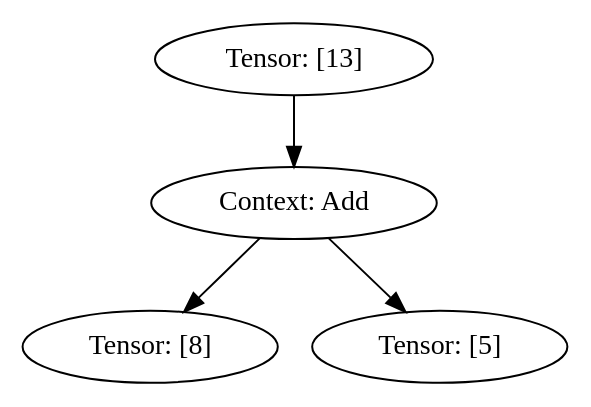
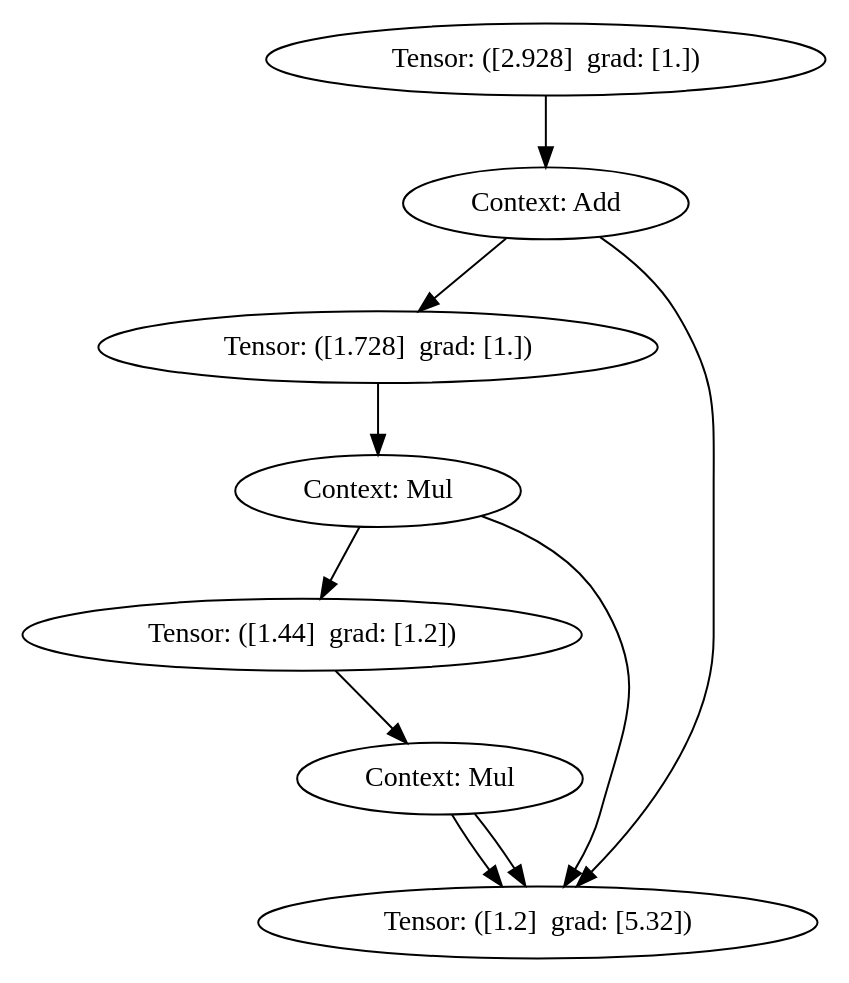
Before and after one commit to joey00072/Tinytorch: the diagram in vis/Digraph.gv, drawn with Graphviz. The commit also changed 8 other files, not shown here.

Commit message:
backward pass working on long graph

```diff
--- a/vis/Digraph.gv
+++ b/vis/Digraph.gv
@@ -1,9 +1,21 @@
 digraph {
-	139935156534576 [label="Tensor: [13] "]
-	139935156533664 [label="Context: Add"]
-	139935156534576 -> 139935156533664
-	139935156533664 -> 139935160270656
-	139935160270656 [label="Tensor: [8] "]
-	139935156533664 -> 139935156533232
-	139935156533232 [label="Tensor: [5] "]
+	140589163168192 [label="Tensor: ([2.928]  grad: [1.]) "]
+	140589163168528 [label="Context: Add"]
+	140589163168192 -> 140589163168528
+	140589163168528 -> 140589163168480
+	140589163168480 [label="Tensor: ([1.728]  grad: [1.]) "]
+	140589163168912 [label="Context: Mul"]
+	140589163168480 -> 140589163168912
+	140589163168912 -> 140589163167856
+	140589163167856 [label="Tensor: ([1.44]  grad: [1.2]) "]
+	140589163167952 [label="Context: Mul"]
+	140589163167856 -> 140589163167952
+	140589163167952 -> 140589555449664
+	140589555449664 [label="Tensor: ([1.2]  grad: [5.32]) "]
+	140589163167952 -> 140589555449664
+	140589555449664 [label="Tensor: ([1.2]  grad: [5.32]) "]
+	140589163168912 -> 140589555449664
+	140589555449664 [label="Tensor: ([1.2]  grad: [5.32]) "]
+	140589163168528 -> 140589555449664
+	140589555449664 [label="Tensor: ([1.2]  grad: [5.32]) "]
 }
```
